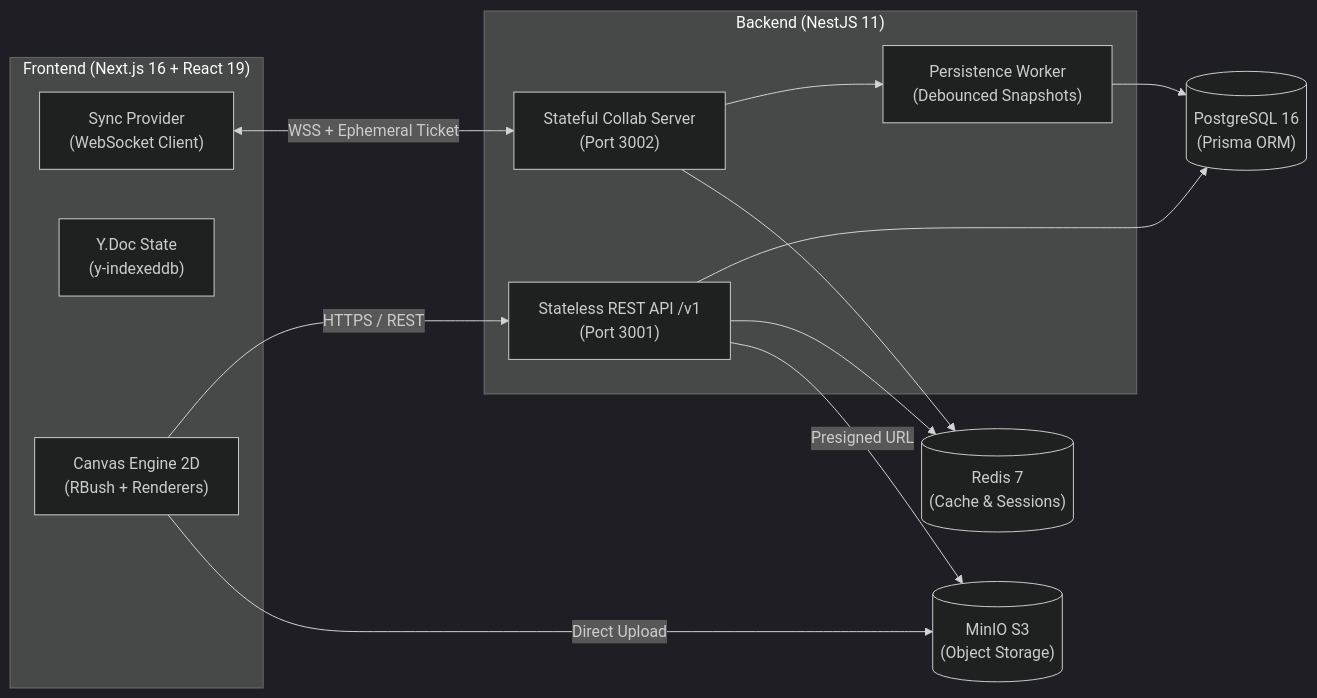
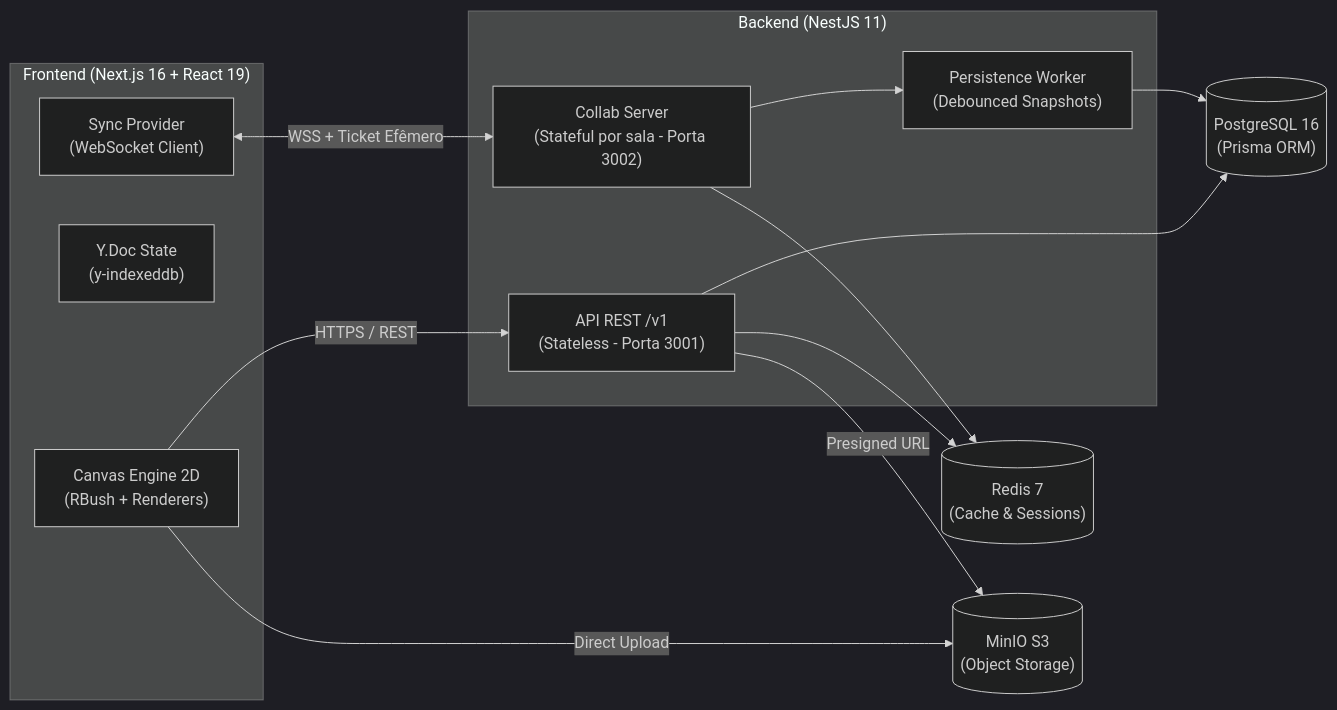
The diagram in README.md (GabrielFeijo/whiteboard), drawn with Mermaid (dark theme) before and after one commit. The commit also changed other lines of this file and 12 other files, not shown here.

````diff
--- a/README.md
+++ b/README.md
@@ -48,27 +47,27 @@
 ```mermaid
 flowchart LR
   subgraph FE["Frontend (Next.js 16 + React 19)"]
     UI["Canvas Engine 2D<br/>(RBush + Renderers)"]
     YD["Y.Doc State<br/>(y-indexeddb)"]
     SP["Sync Provider<br/>(WebSocket Client)"]
   end
 
   subgraph BE["Backend (NestJS 11)"]
-    API["Stateless REST API /v1<br/>(Port 3001)"]
-    COL["Stateful Collab Server<br/>(Port 3002)"]
+    API["API REST /v1<br/>(Stateless - Porta 3001)"]
+    COL["Collab Server<br/>(Stateful por sala - Porta 3002)"]
     PW["Persistence Worker<br/>(Debounced Snapshots)"]
   end
 
   PG[("PostgreSQL 16<br/>(Prisma ORM)")]
   RD[("Redis 7<br/>(Cache & Sessions)")]
   S3[("MinIO S3<br/>(Object Storage)")]
 
   UI -->|HTTPS / REST| API
-  SP <-->|WSS + Ephemeral Ticket| COL
+  SP <-->|WSS + Ticket Efêmero| COL
   API --> PG
   API --> RD
   API -->|Presigned URL| S3
   COL --> RD
   COL --> PW --> PG
   UI -->|Direct Upload| S3
 ```
````
